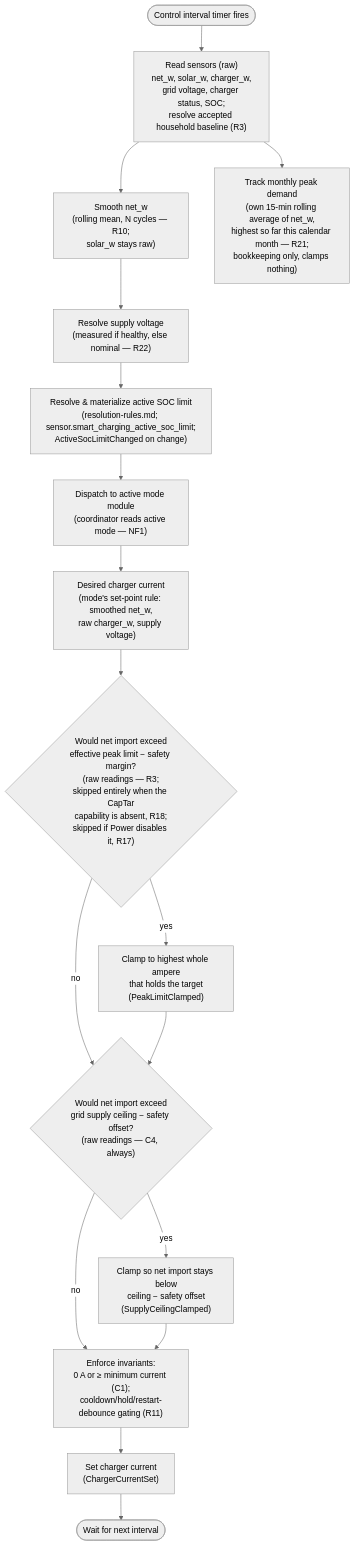
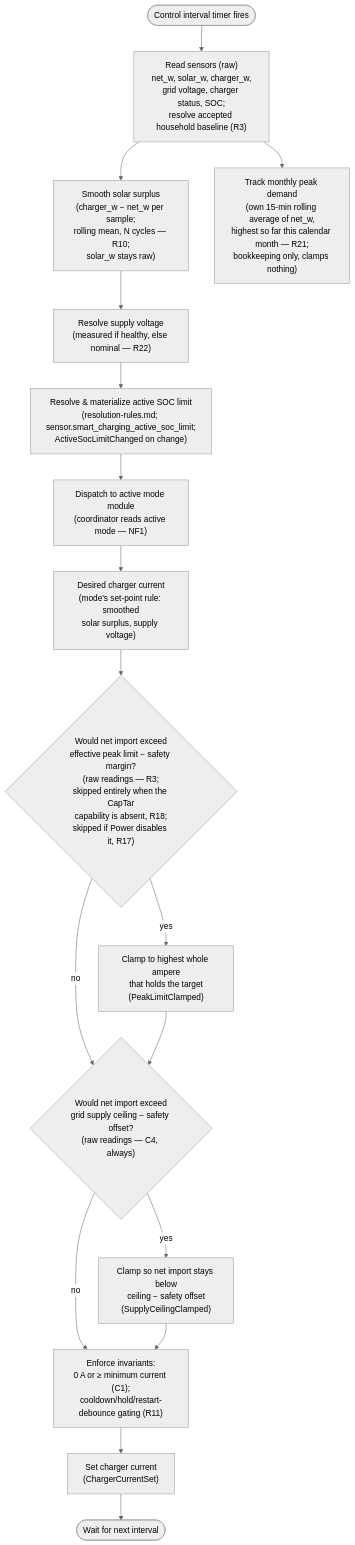
The diagram in docs/analysis/control-cycle.md (kristofdegrave/homeassistant-smart-charging), drawn with Mermaid (neutral theme) before and after one commit. The commit also changed other lines of this file and 4 other files, not shown here.

First line of the commit message:
requirement: R10's solar surplus is smoothed from net import and charger power together, a command-changed cycle's sample withheld once (ADR-0049)

````diff
--- a/docs/analysis/control-cycle.md
+++ b/docs/analysis/control-cycle.md
@@ -71,19 +71,19 @@
 ```mermaid
 flowchart TD
     Timer(["Control interval timer fires"]) --> Read["Read sensors (raw)<br/>net_w, solar_w, charger_w,<br/>grid voltage, charger status, SOC;<br/>resolve accepted household baseline (R3)"]
-    Read --> Smooth["Smooth net_w<br/>(rolling mean, N cycles — R10;<br/>solar_w stays raw)"]
+    Read --> Smooth["Smooth solar surplus<br/>(charger_w − net_w per sample;<br/>rolling mean, N cycles — R10;<br/>solar_w stays raw)"]
     Read --> PeakTrack["Track monthly peak demand<br/>(own 15-min rolling average of net_w,<br/>highest so far this calendar month — R21;<br/>bookkeeping only, clamps nothing)"]
     Smooth --> Volt["Resolve supply voltage<br/>(measured if healthy, else nominal — R22)"]
     Volt --> SocLimit["Resolve & materialize active SOC limit<br/>(resolution-rules.md; sensor.smart_charging_active_soc_limit;<br/>ActiveSocLimitChanged on change)"]
     SocLimit --> Dispatch["Dispatch to active mode module<br/>(coordinator reads active mode — NF1)"]
-    Dispatch --> Desired["Desired charger current<br/>(mode's set-point rule: smoothed net_w,<br/>raw charger_w, supply voltage)"]
+    Dispatch --> Desired["Desired charger current<br/>(mode's set-point rule: smoothed<br/>solar surplus, supply voltage)"]
     Desired --> Peak{"Would net import exceed<br/>effective peak limit − safety margin?<br/>(raw readings — R3;<br/>skipped entirely when the CapTar<br/>capability is absent, R18;<br/>skipped if Power disables it, R17)"}
     Peak -->|yes| Clamp["Clamp to highest whole ampere<br/>that holds the target<br/>(PeakLimitClamped)"]
     Peak -->|no| Ceiling
     Clamp --> Ceiling{"Would net import exceed<br/>grid supply ceiling − safety offset?<br/>(raw readings — C4, always)"}
     Ceiling -->|yes| CeilingClamp["Clamp so net import stays below<br/>ceiling − safety offset<br/>(SupplyCeilingClamped)"]
     Ceiling -->|no| Invariant
     CeilingClamp --> Invariant["Enforce invariants:<br/>0 A or ≥ minimum current (C1);<br/>cooldown/hold/restart-debounce gating (R11)"]
     Invariant --> Set["Set charger current<br/>(ChargerCurrentSet)"]
     Set --> Wait(["Wait for next interval"])
 ```
````
